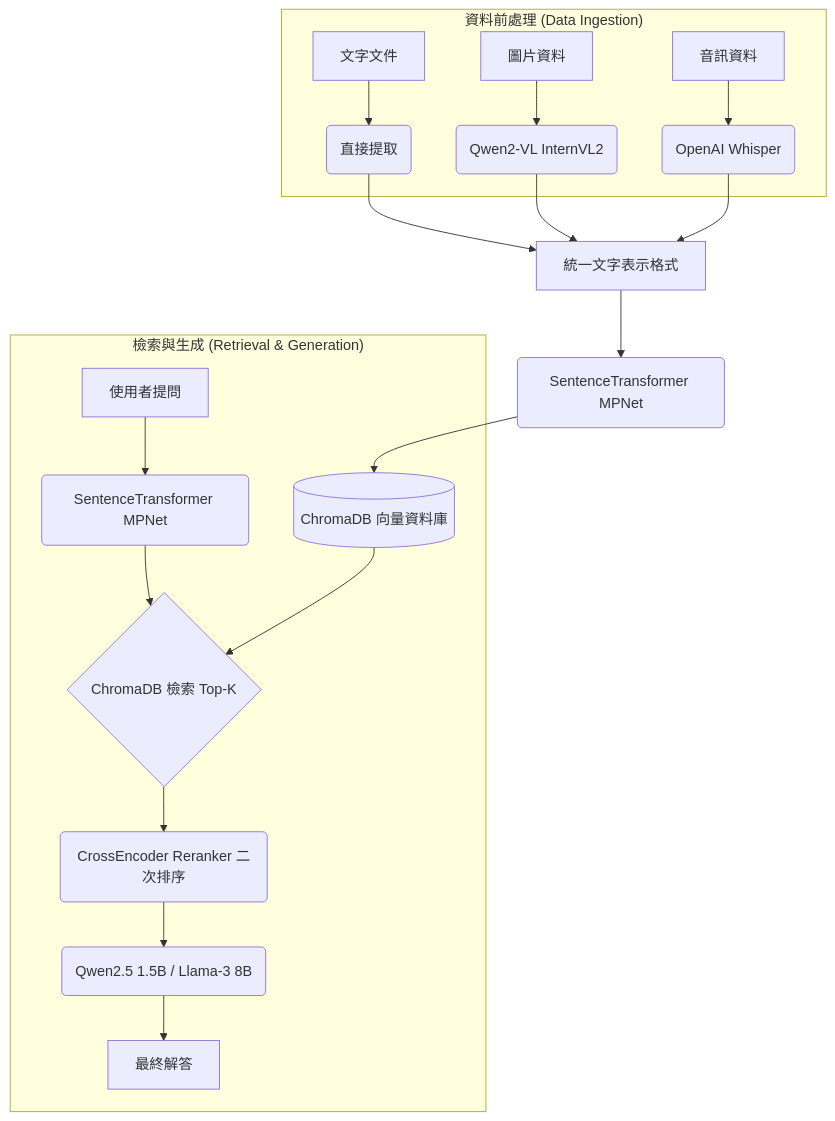
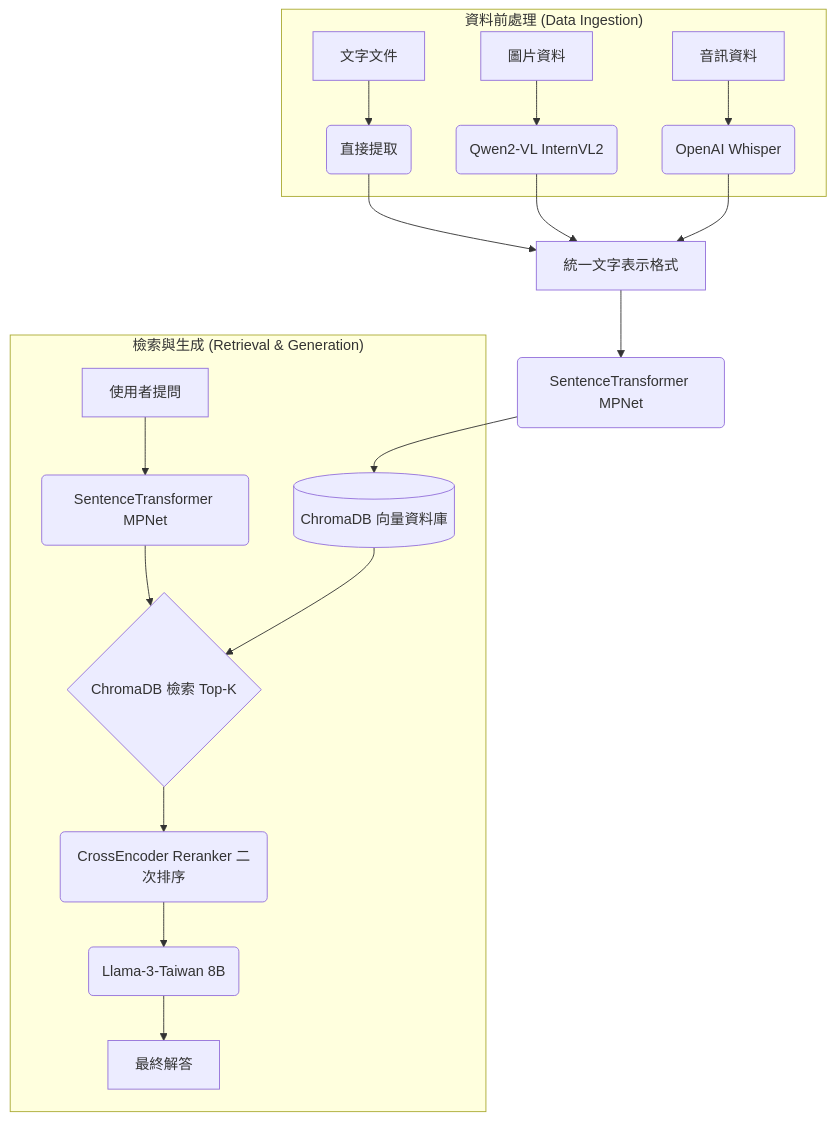
One commit to mofanchang/-multimodal-rag-system changed the diagram in README.md. Above: the diagram before and after it, drawn with Mermaid.

````diff
--- a/README.md
+++ b/README.md
@@ -7,24 +7,24 @@
 ```mermaid
 graph TD
     subgraph Data_Ingestion ["資料前處理 (Data Ingestion)"]
         A1[文字文件] --> B1(直接提取)
         A2[圖片資料] --> B2(Qwen2-VL InternVL2)
         A3[音訊資料] --> B3(OpenAI Whisper)
     end
 
     B1 --> C[統一文字表示格式]
     B2 --> C
     B3 --> C
 
     C --> D(SentenceTransformer MPNet)
     D --> E[(ChromaDB 向量資料庫)]
 
     subgraph Retrieval_Generation ["檢索與生成 (Retrieval & Generation)"]
         Q[使用者提問] --> F(SentenceTransformer MPNet)
         F --> G{ChromaDB 檢索 Top-K}
         E --> G
         G --> H(CrossEncoder Reranker 二次排序)
-        H --> I(Qwen2.5 1.5B / Llama-3 8B)
+        H --> I(Llama-3-Taiwan 8B)
         I --> J[最終解答]
     end
 ```
````
